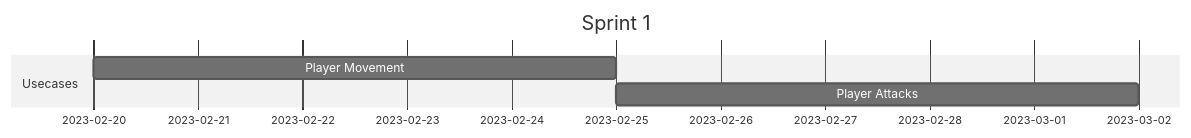
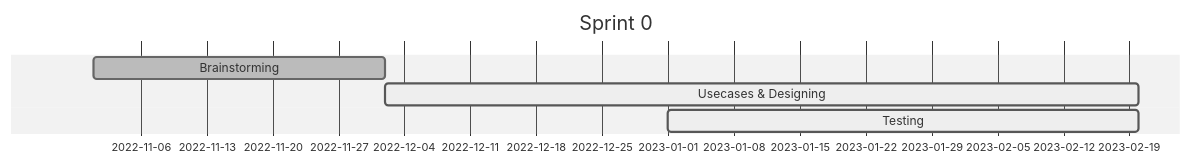
The second of 6 diagrams in README.md (PausedMagician/Knight-Crawler), drawn with Mermaid (neutral theme) before and after one commit. The commit also changed other lines of this file and 2 other files, not shown here.

Commit message:
Readme and Diagrams

````diff
--- a/README.md
+++ b/README.md
@@ -14,10 +15,10 @@
 ```mermaid
 gantt
-    dateFormat  DD-MM-YYYY
-    title       Sprint 1
-    %% 20 days in total
+    dateFormat DD-MM-YYYY
+    title      Sprint 0
+    %% 111 days in total
 
-    section Usecases
-    Player Movement             :           PM, 2023-02-20, 5d
-    Player Attacks              :           PA, after PM, 5d
+    Brainstorming               :done,      BSM, 2022-11-01, 31d
+    Usecases & Designing        :active,    UCD, after BSM, 80d
+    Testing                     :active,    2023-01-01, 50d
 ```
````
